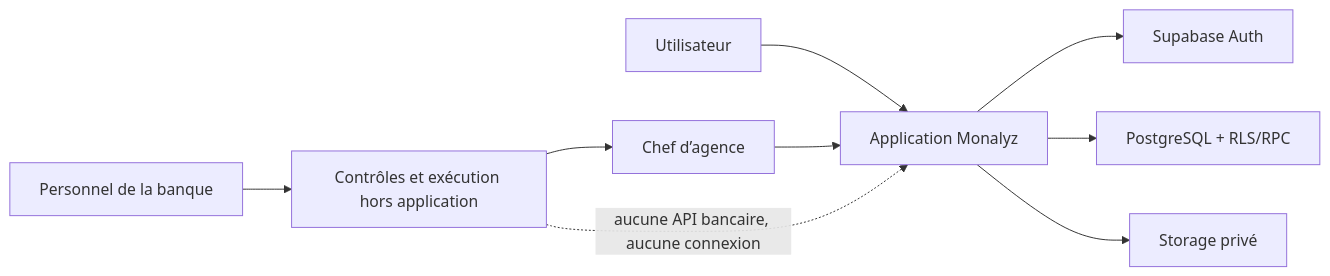
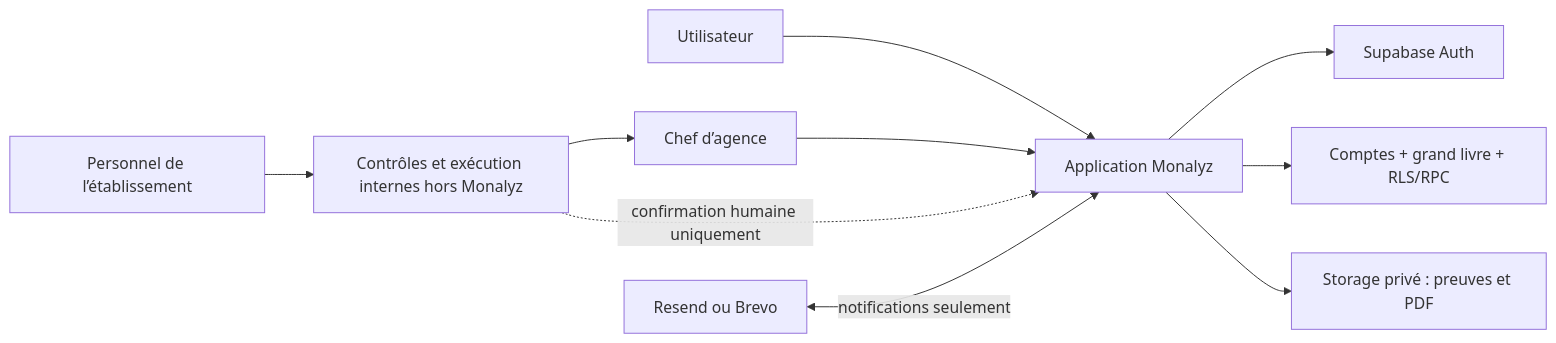
The first of 2 diagrams in docs/architecture.md (kalybanky-jpg/kalybank), drawn with Mermaid before and after one commit. The commit also changed other lines of this file and 44 other files, not shown here.

````diff
--- a/docs/architecture.md
+++ b/docs/architecture.md
@@ -18,11 +19,12 @@
 ```mermaid
 flowchart LR
   U["Utilisateur"] --> N["Application Monalyz"]
   C["Chef d’agence"] --> N
   N --> A["Supabase Auth"]
-  N --> D["PostgreSQL + RLS/RPC"]
-  N --> P["Storage privé"]
-  B["Personnel de la banque"] --> X["Contrôles et exécution hors application"]
+  N --> D["Comptes + grand livre + RLS/RPC"]
+  N --> P["Storage privé : preuves et PDF"]
+  B["Personnel de l’établissement"] --> X["Contrôles et exécution internes hors Monalyz"]
   X --> C
-  X -. "aucune API bancaire, aucune connexion" .-> N
+  X -. "confirmation humaine uniquement" .-> N
+  E["Resend ou Brevo"] <-->|"notifications seulement"| N
 ```
````
